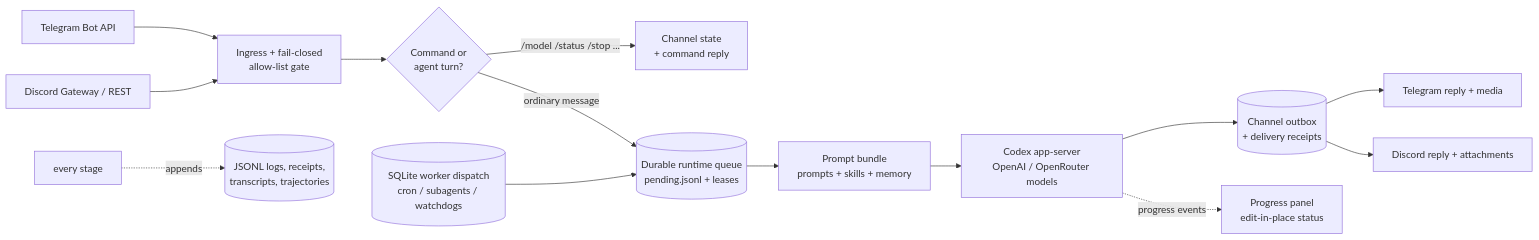
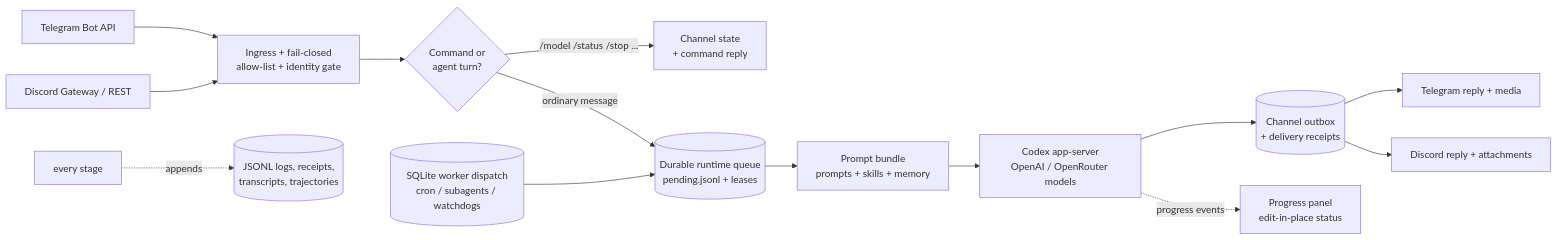
The diagram in README.md (phenomenoner/agent-harness-core), drawn with Mermaid before and after one commit. The commit also changed other lines of this file and 32 other files, not shown here.

````diff
--- a/README.md
+++ b/README.md
@@ -54,16 +54,16 @@
 ```mermaid
 flowchart LR
     TG[Telegram Bot API] --> IN
     DC[Discord Gateway / REST] --> IN
-    IN[Ingress + fail-closed\nallow-list gate] --> CMD{Command or\nagent turn?}
+    IN[Ingress + fail-closed\nallow-list + identity gate] --> CMD{Command or\nagent turn?}
     CMD -- "/model /status /stop ..." --> ST[Channel state\n+ command reply]
     CMD -- ordinary message --> Q[(Durable runtime queue\npending.jsonl + leases)]
     Q --> PB[Prompt bundle\nprompts + skills + memory]
     PB --> CX[Codex app-server\nOpenAI / OpenRouter models]
     CX --> OUT[(Channel outbox\n+ delivery receipts)]
     OUT --> TG2[Telegram reply + media]
     OUT --> DC2[Discord reply + attachments]
     CX -.progress events.-> PR[Progress panel\nedit-in-place status]
     W[(SQLite worker dispatch\ncron / subagents / watchdogs)] --> Q
     ALL[every stage] -.appends.-> LOG[(JSONL logs, receipts,\ntranscripts, trajectories)]
 ```
````
